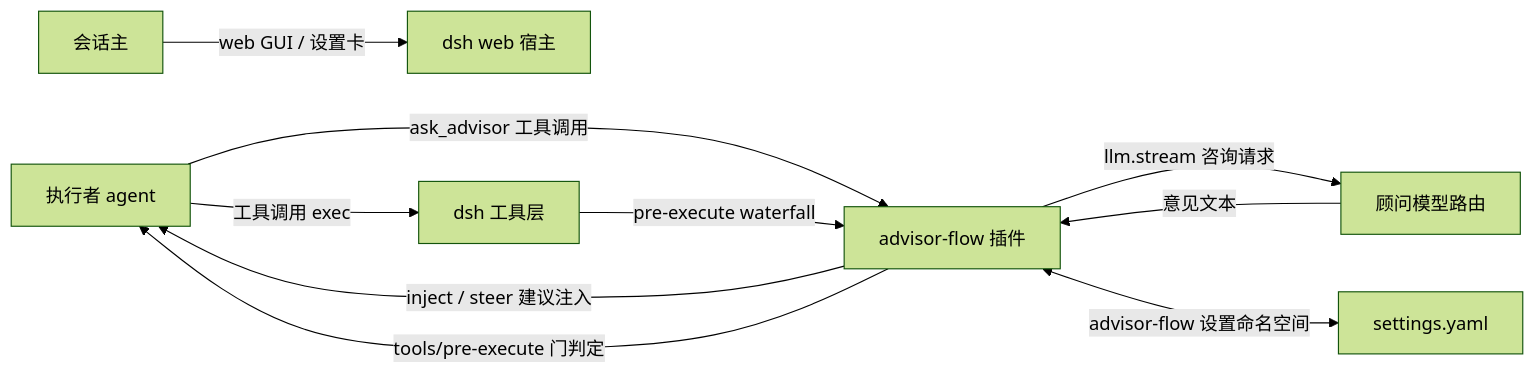
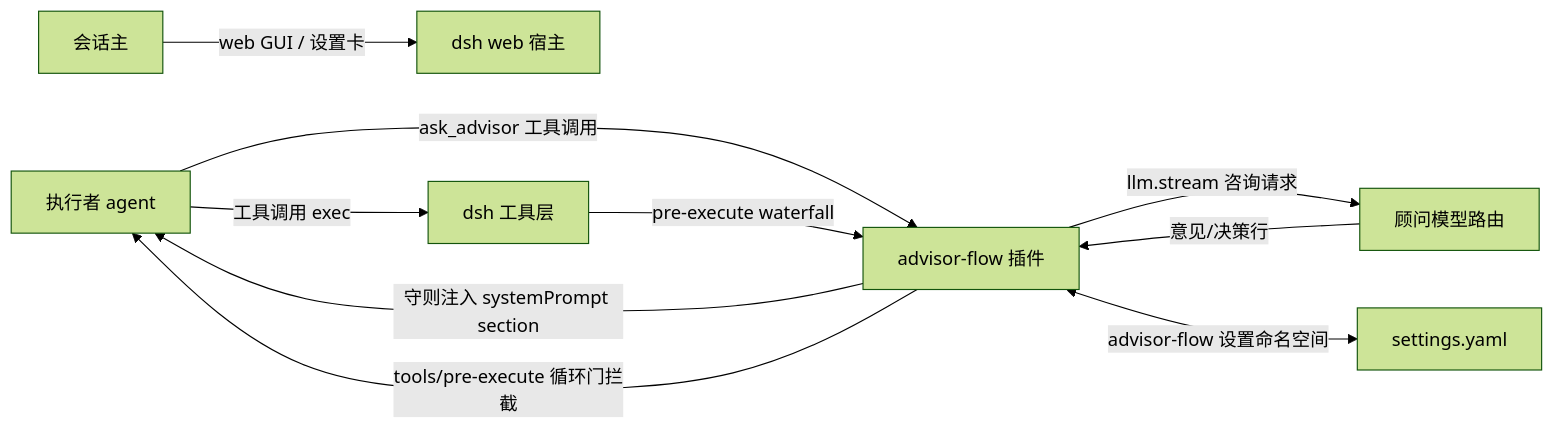
One commit to ccll/dsh-advisor-flow changed the first of 9 diagrams in SOLUTION.md. Above: the diagram before and after it, drawn with Mermaid (forest theme). The commit also changed other lines of this file and 6 other files, not shown here.

````diff
--- a/SOLUTION.md
+++ b/SOLUTION.md
@@ -54,12 +54,12 @@
 ```mermaid
 flowchart LR
     owner[会话主] -->|web GUI / 设置卡| host[dsh web 宿主]
     agent[执行者 agent] -->|ask_advisor 工具调用| plugin[advisor-flow 插件]
-    plugin -->|inject / steer 建议注入| agent
-    plugin -->|tools/pre-execute 门判定| agent
+    plugin -->|守则注入 systemPrompt section| agent
+    plugin -->|tools/pre-execute 循环门拦截| agent
     agent -->|工具调用 exec| tools[dsh 工具层]
     tools -->|pre-execute waterfall| plugin
     plugin -->|llm.stream 咨询请求| route[顾问模型路由]
-    route -->|意见文本| plugin
+    route -->|意见/决策行| plugin
     plugin <-->|advisor-flow 设置命名空间| settings[settings.yaml]
 ```
````
